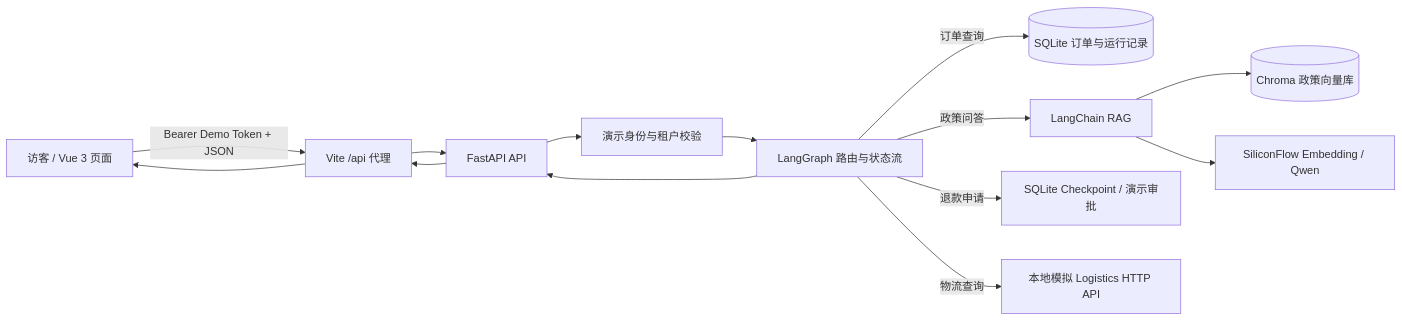
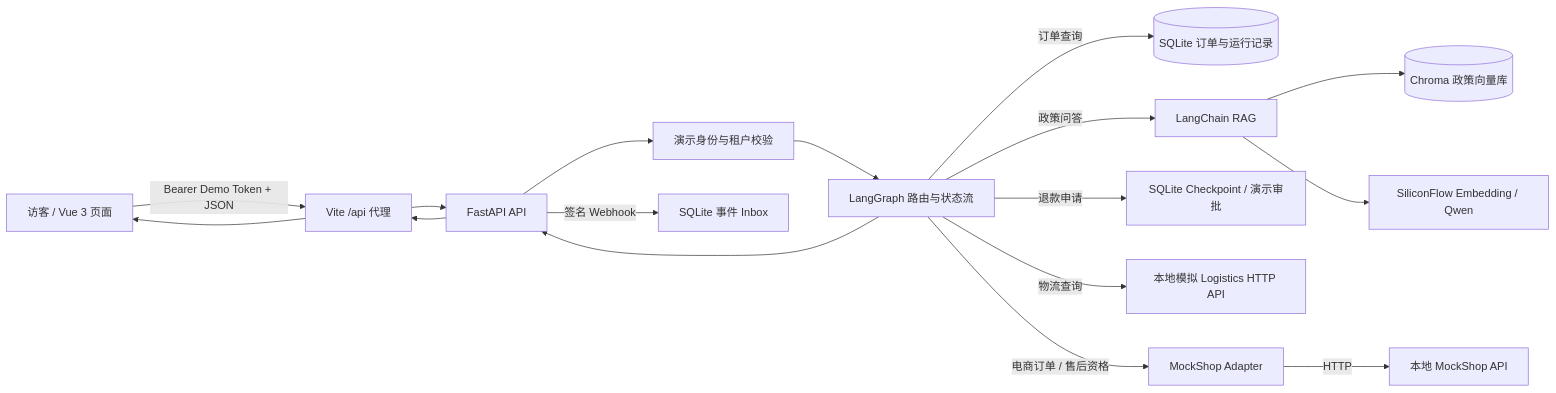
Before and after one commit to KaelLee335/enterprise-support-agent-v2: the diagram in README.md, drawn with Mermaid. The commit also changed other lines of this file and 42 other files, not shown here.

````diff
--- a/README.md
+++ b/README.md
@@ -23,14 +23,17 @@
 ```mermaid
 flowchart LR
   U[访客 / Vue 3 页面] -->|Bearer Demo Token + JSON| V[Vite /api 代理]
   V --> F[FastAPI API]
   F --> A[演示身份与租户校验]
   A --> G[LangGraph 路由与状态流]
   G -->|订单查询| S[(SQLite 订单与运行记录)]
   G -->|政策问答| R[LangChain RAG]
   R --> C[(Chroma 政策向量库)]
   R --> M[SiliconFlow Embedding / Qwen]
   G -->|退款申请| H[SQLite Checkpoint / 演示审批]
   G -->|物流查询| L[本地模拟 Logistics HTTP API]
+  G -->|电商订单 / 售后资格| I[MockShop Adapter]
+  I -->|HTTP| P[本地 MockShop API]
+  F -->|签名 Webhook| W[SQLite 事件 Inbox]
   G --> F --> V --> U
 ```
````
